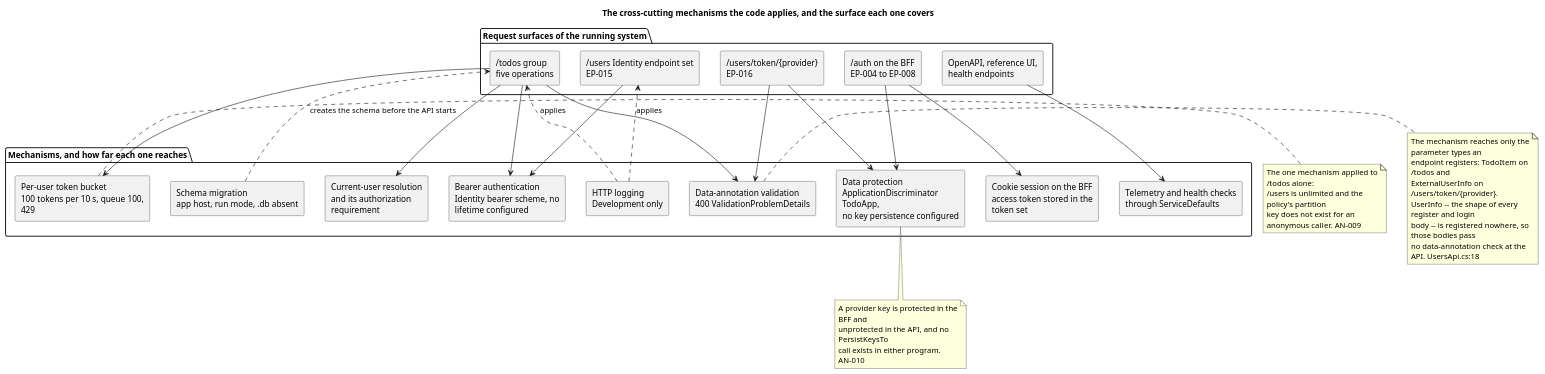
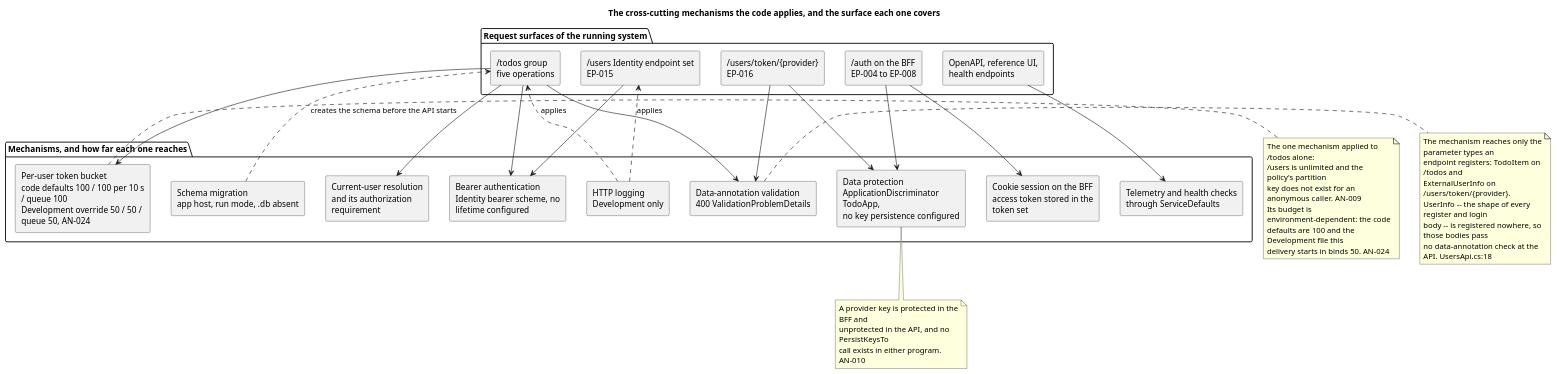
Before and after one commit to banense-test/TodoApp: the diagram in docs/artifacts/requirements/supplementary-specification.md, drawn with PlantUML. The commit also changed other lines of this file, not shown here.

Commit message:
System Analyst [Excavation2]: upsert Supplementary Specification
[skip ci]

````diff
--- a/docs/artifacts/requirements/supplementary-specification.md
+++ b/docs/artifacts/requirements/supplementary-specification.md
@@ -16,65 +16,68 @@
 ```plantuml
 @startuml
 title The cross-cutting mechanisms the code applies, and the surface each one covers
 
 skinparam componentStyle rectangle
 skinparam shadowing false
 skinparam wrapWidth 210
 
 package "Request surfaces of the running system" {
   component "/todos group\nfive operations" as S_TODOS
   component "/users Identity endpoint set\nEP-015" as S_ID
   component "/users/token/{provider}\nEP-016" as S_TOKEN
   component "/auth on the BFF\nEP-004 to EP-008" as S_AUTH
   component "OpenAPI, reference UI,\nhealth endpoints" as S_DOCS
 }
 
 package "Mechanisms, and how far each one reaches" {
   component "Bearer authentication\nIdentity bearer scheme, no lifetime configured" as M_BEARER
   component "Current-user resolution\nand its authorization requirement" as M_CU
-  component "Per-user token bucket\n100 tokens per 10 s, queue 100, 429" as M_RATE
+  component "Per-user token bucket\ncode defaults 100 / 100 per 10 s / queue 100\nDevelopment override 50 / 50 / queue 50, AN-024" as M_RATE
   component "Data-annotation validation\n400 ValidationProblemDetails" as M_VAL
   component "Data protection\nApplicationDiscriminator TodoApp,\nno key persistence configured" as M_DP
   component "Cookie session on the BFF\naccess token stored in the token set" as M_COOKIE
   component "HTTP logging\nDevelopment only" as M_LOG
   component "Telemetry and health checks\nthrough ServiceDefaults" as M_OBS
   component "Schema migration\napp host, run mode, .db absent" as M_MIG
 }
 
 S_TODOS --> M_BEARER
 S_TODOS --> M_CU
 S_TODOS --> M_RATE
 S_TODOS --> M_VAL
 S_ID --> M_BEARER
 S_TOKEN --> M_VAL
 S_TOKEN --> M_DP
 S_AUTH --> M_COOKIE
 S_AUTH --> M_DP
 S_DOCS --> M_OBS
 M_LOG ..> S_TODOS : applies
 M_LOG ..> S_ID : applies
 M_MIG ..> S_TODOS : creates the schema before the API starts
 
 note right of M_VAL
   The mechanism reaches only the parameter types an
   endpoint registers: TodoItem on /todos and
   ExternalUserInfo on /users/token/{provider}.
   UserInfo -- the shape of every register and login
   body -- is registered nowhere, so those bodies pass
   no data-annotation check at the API. UsersApi.cs:18
 end note
 
 note right of M_RATE
   The one mechanism applied to /todos alone:
   /users is unlimited and the policy's partition
   key does not exist for an anonymous caller. AN-009
+  Its budget is environment-dependent: the code
+  defaults are 100 and the Development file this
+  delivery starts in binds 50. AN-024
 end note
 
 note bottom of M_DP
   A provider key is protected in the BFF and
   unprotected in the API, and no PersistKeysTo
   call exists in either program. AN-010
 end note
 
 @enduml
 ```
````
